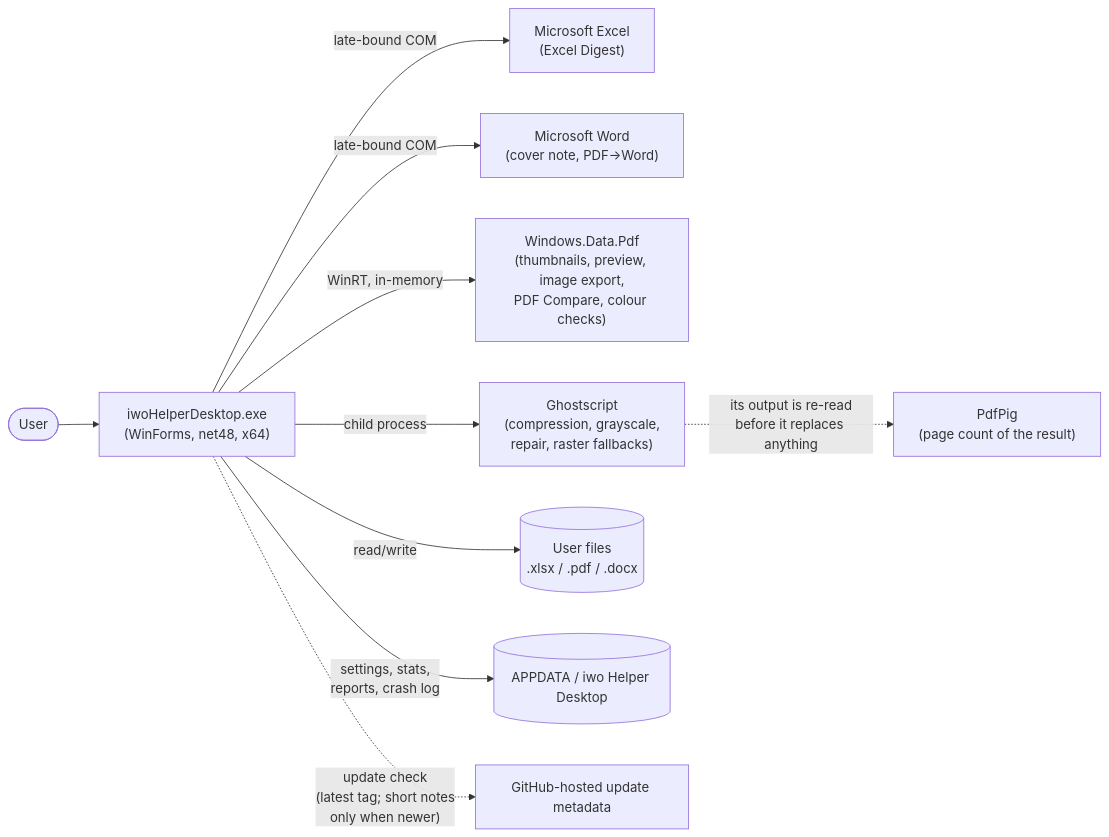
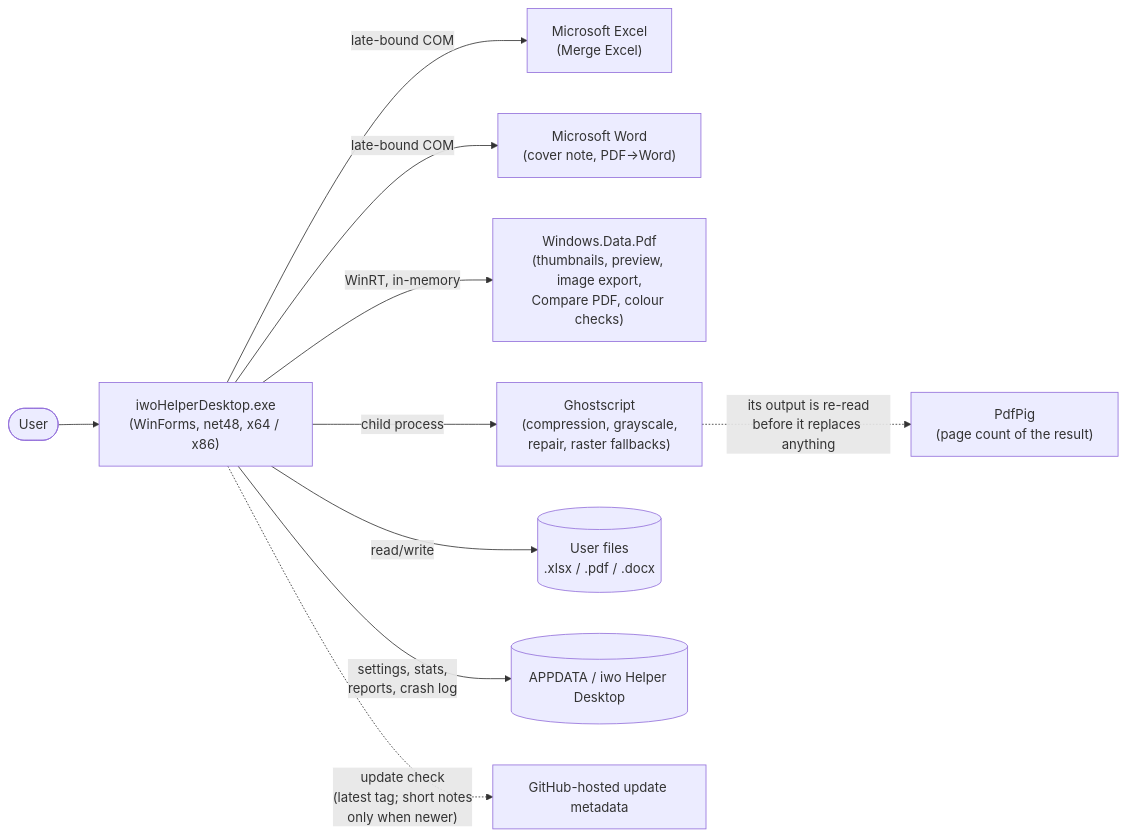
The first of 6 diagrams in docs/ARCHITECTURE.md (DedovMosol/iwoHelperDesktop), drawn with Mermaid before and after one commit. The commit also changed other lines of this file and 7 other files, not shown here.

````diff
--- a/docs/ARCHITECTURE.md
+++ b/docs/ARCHITECTURE.md
@@ -78,12 +81,12 @@
 ```mermaid
 flowchart LR
-    U(["User"]) --> APP["iwoHelperDesktop.exe<br>(WinForms, net48, x64)"]
-    APP -->|"late-bound COM"| XL["Microsoft Excel<br>(Excel Digest)"]
+    U(["User"]) --> APP["iwoHelperDesktop.exe<br>(WinForms, net48, x64 / x86)"]
+    APP -->|"late-bound COM"| XL["Microsoft Excel<br>(Merge Excel)"]
     APP -->|"late-bound COM"| WD["Microsoft Word<br>(cover note, PDF→Word)"]
-    APP -->|"WinRT, in-memory"| RT["Windows.Data.Pdf<br>(thumbnails, preview, image export,<br>PDF Compare, colour checks)"]
+    APP -->|"WinRT, in-memory"| RT["Windows.Data.Pdf<br>(thumbnails, preview, image export,<br>Compare PDF, colour checks)"]
     APP -->|"child process"| GS["Ghostscript<br>(compression, grayscale,<br>repair, raster fallbacks)"]
     GS -.->|"its output is re-read<br>before it replaces anything"| PIG["PdfPig<br>(page count of the result)"]
     APP -->|"read/write"| FS[("User files<br>.xlsx / .pdf / .docx")]
     APP -->|"settings, stats,<br>reports, crash log"| AD[("APPDATA / iwo Helper Desktop")]
     APP -.->|"update check<br>(latest tag; short notes<br>only when newer)"| GH["GitHub-hosted update metadata"]
 ```
````
